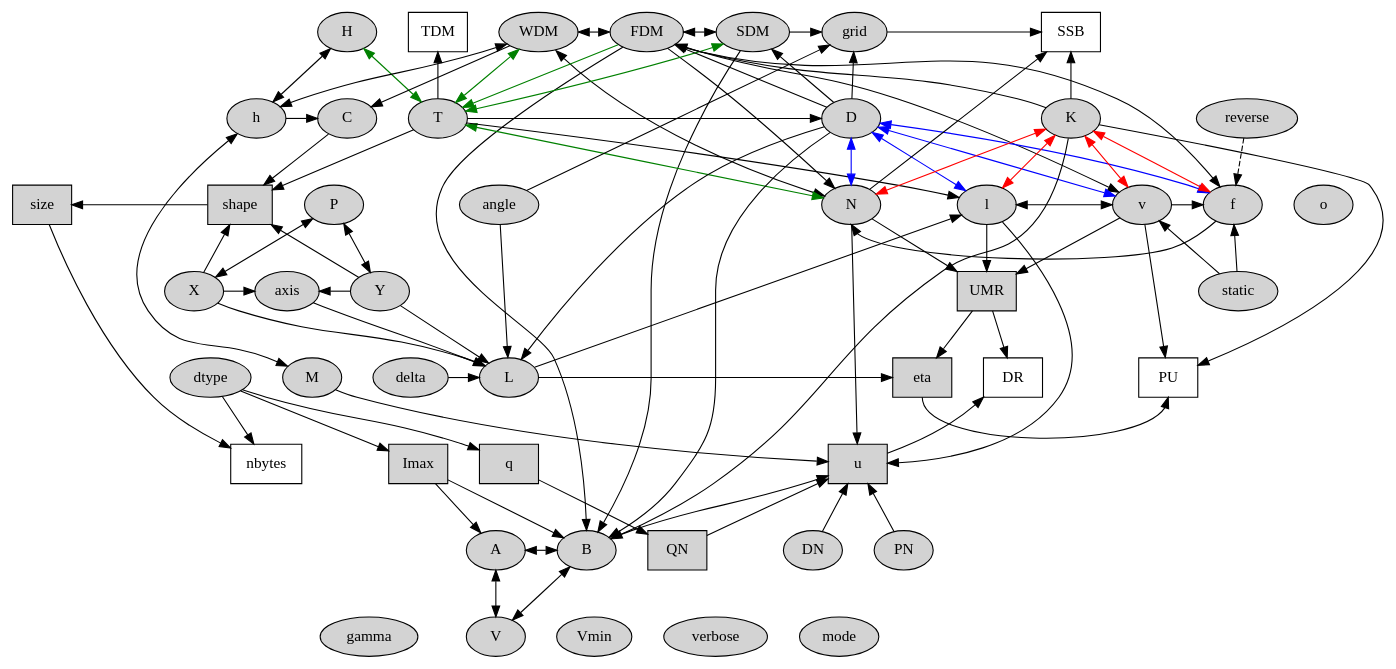
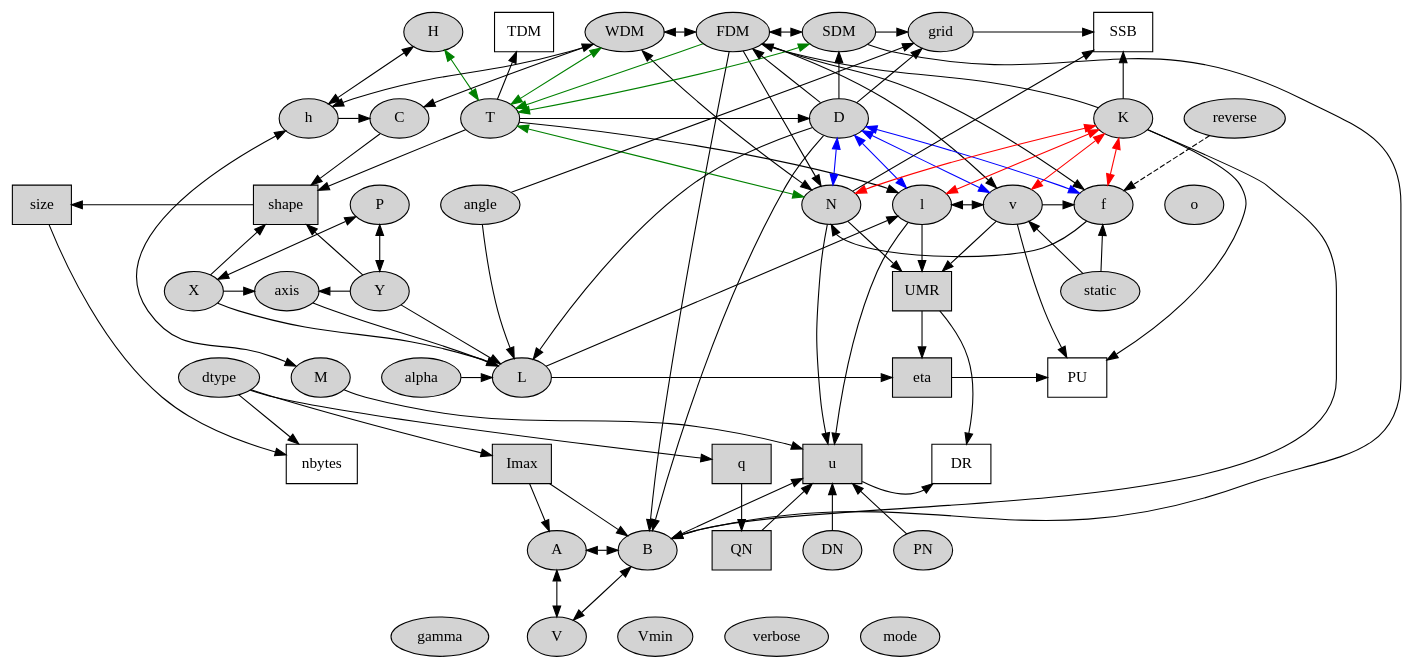
Before and after one commit to comimag/Fringes: the diagram in docs/interdependencies.dot, drawn with Graphviz. The commit also changed 3 other files, not shown here.

```diff
--- a/docs/interdependencies.dot
+++ b/docs/interdependencies.dot
@@ -1,119 +1,119 @@
 digraph G {
     graph [compound=True]
     node [style=filled]
     nodesep=0.4  // default: 0.25
     ranksep=0.6  // default: 0.5
 
     {rank=same; H -> TDM -> WDM -> FDM -> SDM -> grid -> SSB[style=invis][group=1]}
     {rank=same; h -> C -> T -> D -> K -> reverse[style=invis][group=2]}
     {rank=same; size -> shape -> P -> angle -> N -> l -> v -> f -> o[style=invis][group=3]}
     {rank=same; X -> axis -> Y -> UMR -> static[style=invis][group=4]}
-    {rank=same; dtype -> M -> delta -> L -> eta -> DR -> PU[style=invis][group=5]}
+    {rank=same; dtype -> M -> alpha -> L -> eta -> PU[style=invis][group=5]}
     //{rank=same; dtype -> M -> angle[style=invis][group=6]}
-    {rank=same; nbytes -> Imax -> q -> u[style=invis][group=7]}
+    {rank=same; nbytes -> Imax -> q -> u -> DR[style=invis][group=7]}
     {rank=same; A -> B -> QN -> DN -> PN[style=invis][group=8]}
     {rank=same; gamma -> V -> Vmin -> verbose -> mode[style=invis][group=9]}
 
     SSB[shape=box][fillcolor=white]
 
     H -> {T} [dir=both][color=green]
     TDM -> WDM [style=invis]
     H -> {h} [dir=both]
     WDM -> C[shape=box]
     WDM -> h[dir=both]
     WDM:se -> N[dir=both]
     WDM:e -> FDM [weight=3][dir=both]
     WDM -> T[dir=both][color=green]
     FDM -> {N v f}
     FDM -> T [color=green]
     FDM:e -> SDM [weight=1][dir=both]
     SDM -> T[dir=both][color=green]
     SDM:e -> grid
     SDM -> B
     FDM -> B
     grid:e -> SSB
 
     C -> shape
     h:e -> C
     h -> M [dir=both]
     h -> size [style=invis]
 //    T -> {D K} [constraint=false]
     T -> {TDM shape l}
     T:e -> D
     T -> N [dir=both][color=green]
     D -> {FDM SDM grid L B}
     D -> {N l v f}[dir=both][color=blue]
     K -> {N l v f}[dir=both][color=red]
     K -> {FDM B PU}
     K -> SSB [weight=5]
     reverse -> f [style=dashed]
 
     N -> {SSB UMR}
     l -> UMR [weight=13]
     l:e -> v [dir=both]
     v:e -> f
     v -> {UMR PU}
     f -> N:s
 
     P -> X [dir=both]
     P -> Y [dir=both]
     X:e -> axis
     X -> {shape L}
     Y -> {shape L}
     Y:w -> axis
     axis -> L
     UMR -> {eta DR}
     static -> {v f}
 
     M -> u
-    delta:e -> L
+    alpha:e -> L
     angle -> L
     L:e -> eta
     L -> l
-    eta:s -> PU:s
+    eta:e -> PU
 
     u -> DR:sw [constraint=false]
 
     dtype -> {Imax q nbytes}
 
     Imax -> A
     Imax -> B [weight=2]
     q -> QN [weight=2]
     nbytes -> gamma [style=invis]
     Vmin
     verbose
     mode
     o
 
     A:e -> B [dir=both]
     A -> V [dir=both][weight=3]
     B -> V [dir=both]
     B -> u
     QN -> u
     DN -> u [weight=2]
     PN -> u
 
     size -> nbytes
     //shape -> size
     size:e -> shape [dir=back][constraint=false]
     shape -> axis [style=invis]
 
     N -> u
     l -> u
     angle -> grid
 
     shape[shape=box]
     size[shape=box]
     nbytes[shape=box][fillcolor=white]
     Imax[shape=box]
     q[shape=box]
 //    Q[shape=box]
     QN[shape=box]
     UMR[shape=box]
     eta[shape=box]
     u[shape=box]
     TDM[shape=box][fillcolor=white]
     //L[shape=box]
     DR[shape=box][fillcolor=white]
     PU[shape=box][fillcolor=white]
 }
```
